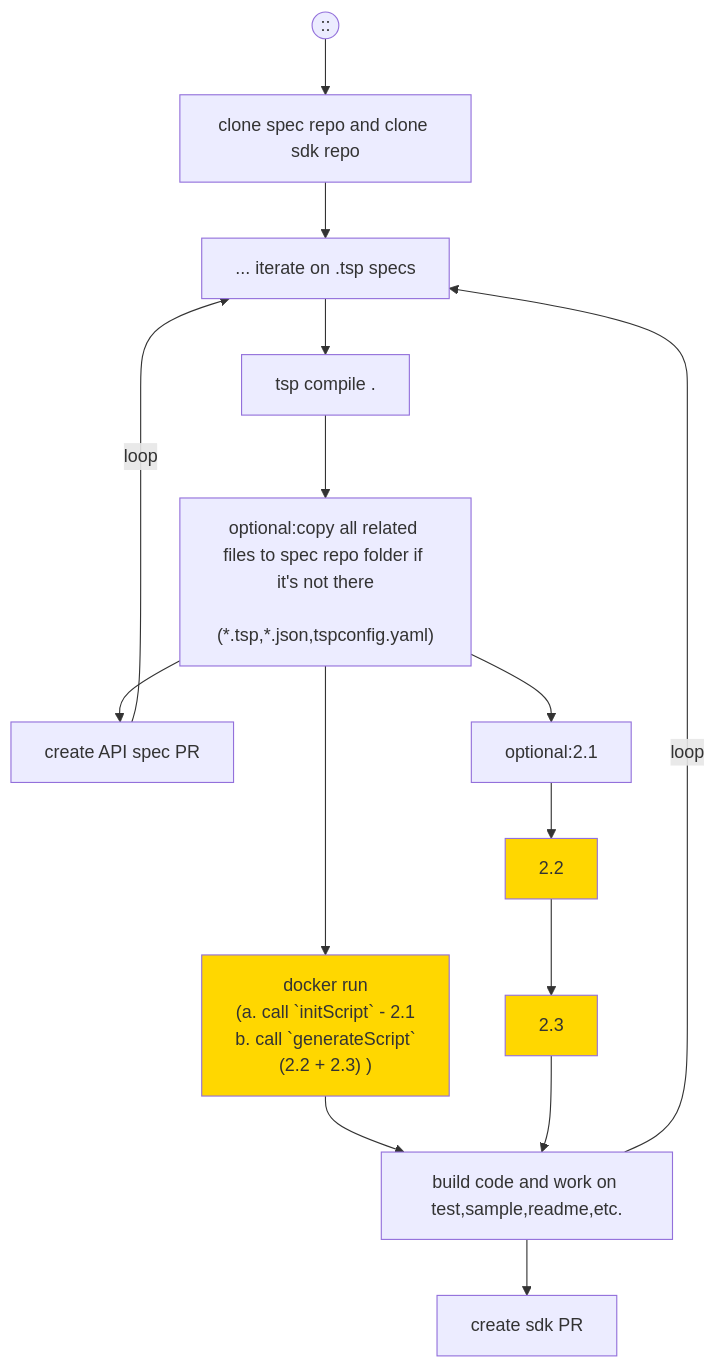
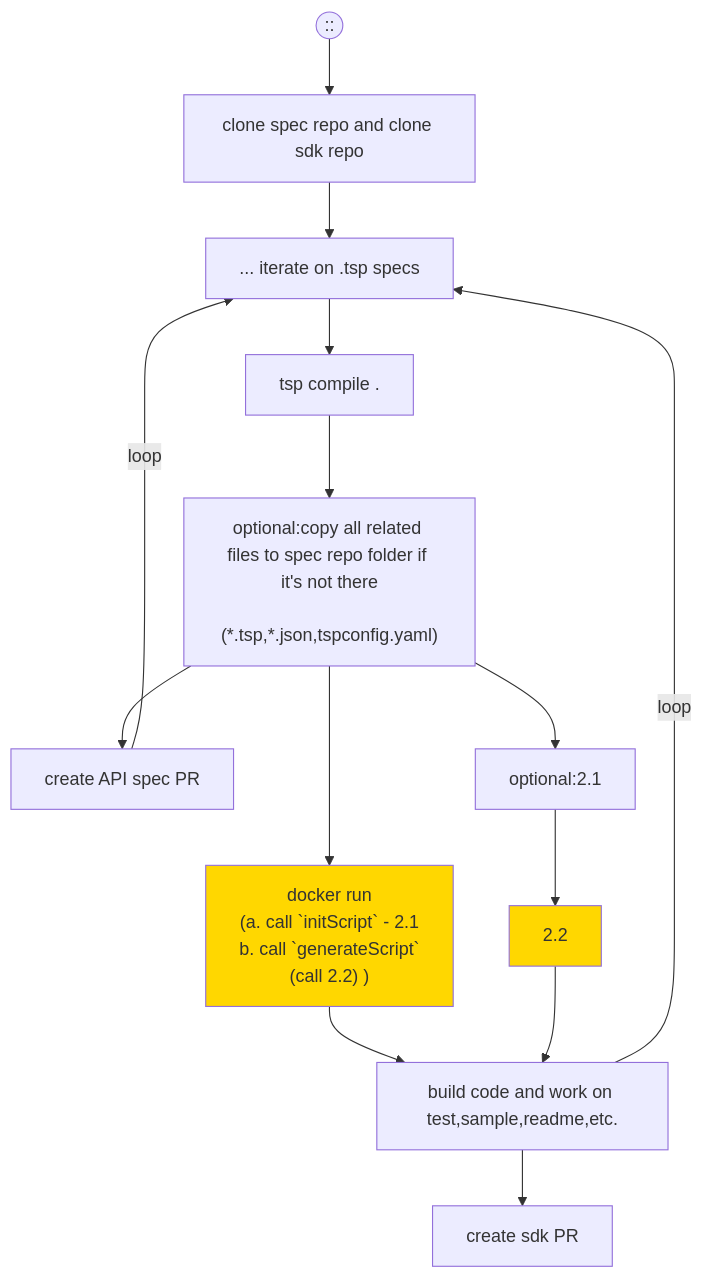
The third of 5 diagrams in documentation/typespec-end-to-end-scenarios.md (Azure/azure-rest-api-specs), drawn with Mermaid before and after one commit. The commit also changed other lines of this file, not shown here.

````diff
--- a/documentation/typespec-end-to-end-scenarios.md
+++ b/documentation/typespec-end-to-end-scenarios.md
@@ -125,25 +135,24 @@
 ```mermaid
 flowchart TD;
   classDef highlight fill:#ffd700
   User((::))-->A
   A
   A["clone spec repo and clone sdk repo"]-->B
   B["... iterate on .tsp specs"]-->C
   C["tsp compile ."]-->D
   D["optional:copy all related files to spec repo folder if it's not there
   (*.tsp,*.json,tspconfig.yaml)"]-->E
   D-->F
   E["create API spec PR"]-->|loop|B
   F["docker run
   (a. call `initScript` - 2.1
   b. call `generateScript` 
-  (2.2 + 2.3) )"]-->I  
+  (call 2.2) )"]-->I  
   D-->K
   K["optional:2.1"]-->G
-  G["2.2"]-->H
-  H["2.3"]-->I
+  G["2.2"]-->I
   I["build code and work on test,sample,readme,etc."]-->J
   I-->|loop|B
   J["create sdk PR"]
   class F,G,H highlight
 ```
````
